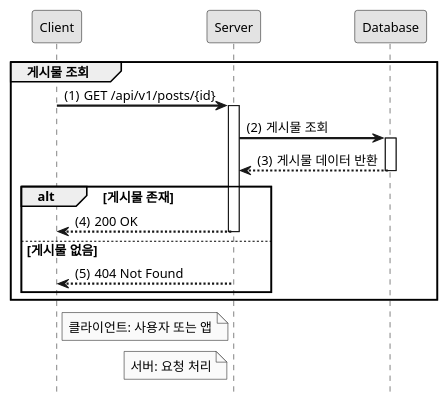
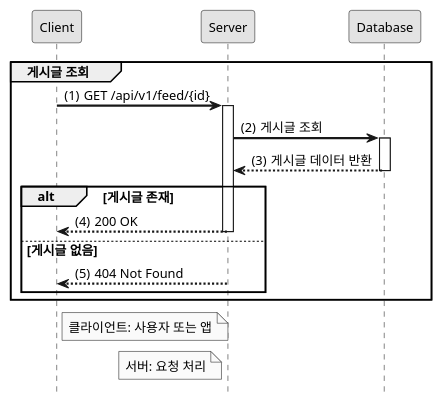
One commit to sumin220/SpringBoot_MemberBoard changed the diagram in sequence/getFeed.puml. Above: the diagram before and after it, drawn with PlantUML. The commit also changed 7 other files, not shown here.

```diff
--- a/sequence/getFeed.puml
+++ b/sequence/getFeed.puml
@@ -1,28 +1,28 @@
 @startuml
 hide footbox
 autoactivate on
 skinparam monochrome true
 skinparam shadowing false
 skinparam defaultFontSize 12
 skinparam defaultFontName Arial
 skinparam sequenceArrowThickness 2
 
 participant "Client" as C
 participant "Server" as S
 participant "Database" as DB
 
-group 게시물 조회
+group 게시글 조회
     autonumber 1 "(0)"
-    C -> S: GET /api/v1/posts/{id}
-    S -> DB: 게시물 조회
-    DB --> S: 게시물 데이터 반환
-    alt 게시물 존재
+    C -> S: GET /api/v1/feed/{id}
+    S -> DB: 게시글 조회
+    DB --> S: 게시글 데이터 반환
+    alt 게시글 존재
         S --> C: 200 OK
-    else 게시물 없음
+    else 게시글 없음
         S --> C: 404 Not Found
     end
 end
 
 note right of C: 클라이언트: 사용자 또는 앱
 note left of S: 서버: 요청 처리
 @enduml
```
